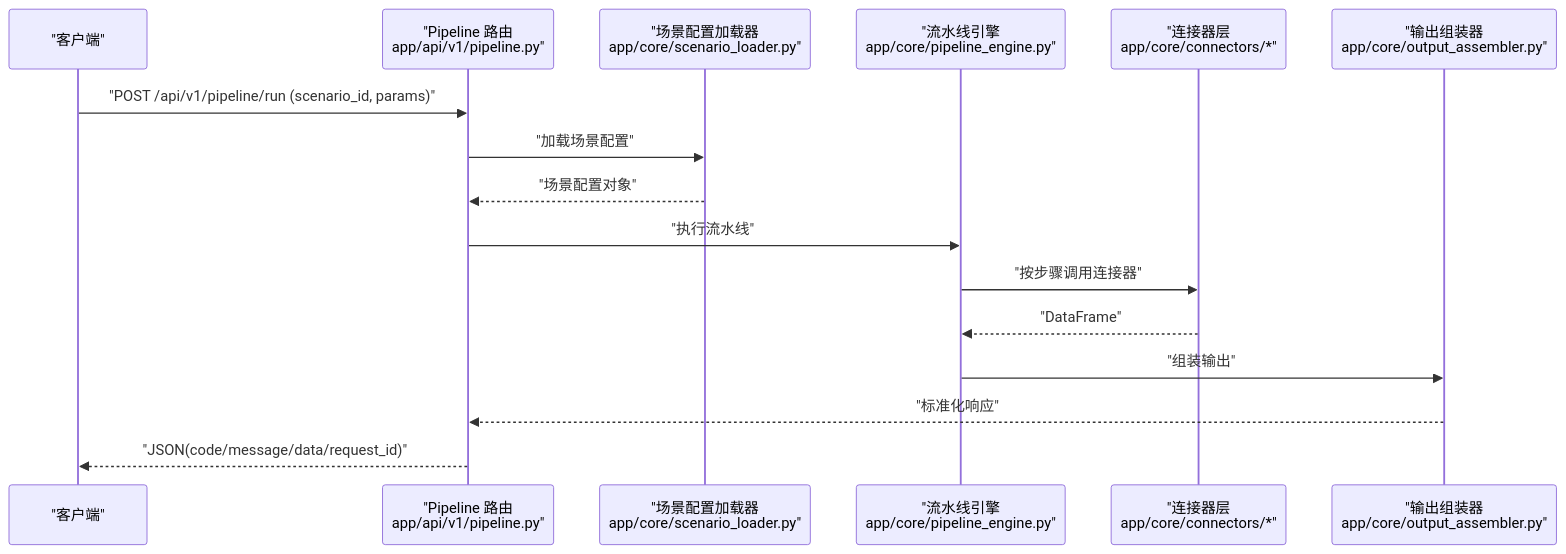
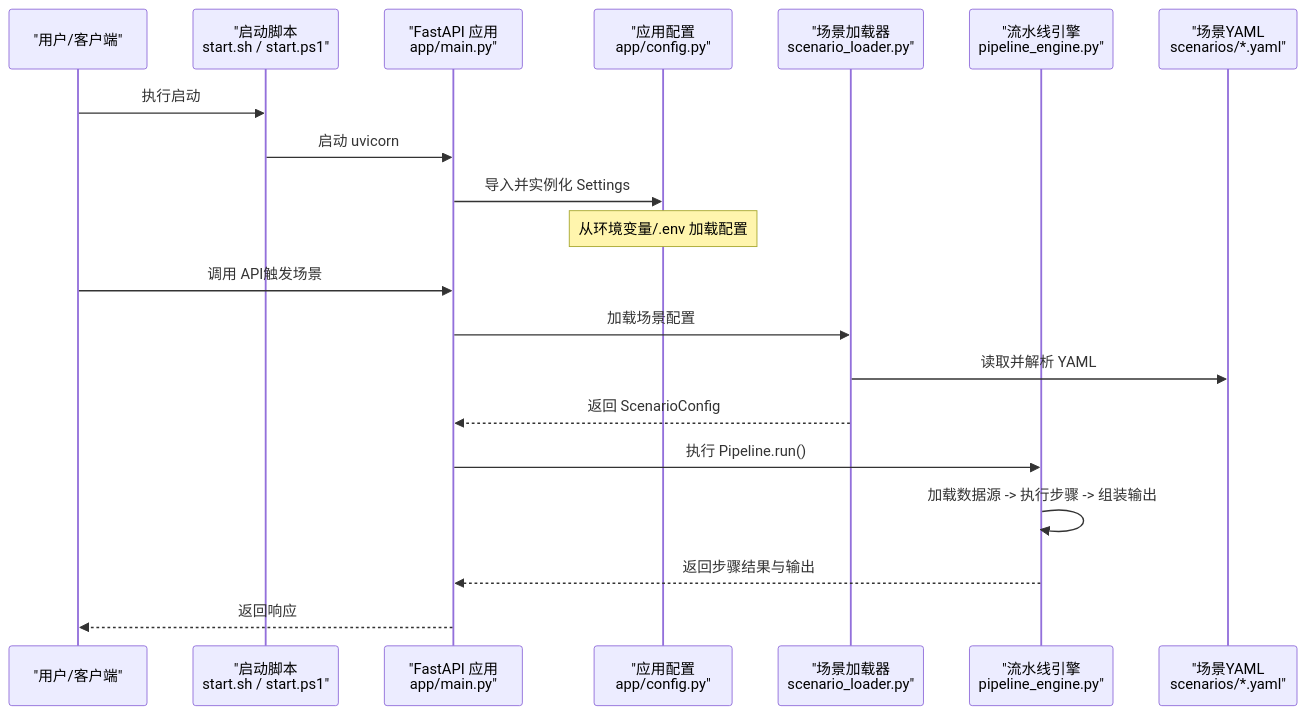
The second of 6 diagrams in .qoder/repowiki/zh/content/配置管理.md (liang996plus/qoder_cn), drawn with Mermaid before and after one commit. The commit also changed other lines of this file and 100 other files, not shown here.

````diff
--- a/.qoder/repowiki/zh/content/配置管理.md
+++ b/.qoder/repowiki/zh/content/配置管理.md
@@ -75,18 +89,22 @@
 ```mermaid
 sequenceDiagram
-participant Client as "客户端"
-participant API as "Pipeline 路由<br/>app/api/v1/pipeline.py"
-participant Loader as "场景配置加载器<br/>app/core/scenario_loader.py"
-participant Engine as "流水线引擎<br/>app/core/pipeline_engine.py"
-participant Conn as "连接器层<br/>app/core/connectors/*"
-participant Out as "输出组装器<br/>app/core/output_assembler.py"
-Client->>API : "POST /api/v1/pipeline/run (scenario_id, params)"
-API->>Loader : "加载场景配置"
-Loader-->>API : "场景配置对象"
-API->>Engine : "执行流水线"
-Engine->>Conn : "按步骤调用连接器"
-Conn-->>Engine : "DataFrame"
-Engine->>Out : "组装输出"
-Out-->>API : "标准化响应"
-API-->>Client : "JSON(code/message/data/request_id)"
+participant U as "用户/客户端"
+participant S as "启动脚本<br/>start.sh / start.ps1"
+participant M as "FastAPI 应用<br/>app/main.py"
+participant C as "应用配置<br/>app/config.py"
+participant L as "场景加载器<br/>scenario_loader.py"
+participant P as "流水线引擎<br/>pipeline_engine.py"
+participant Y as "场景YAML<br/>scenarios/*.yaml"
+U->>S : 执行启动
+S->>M : 启动 uvicorn
+M->>C : 导入并实例化 Settings
+Note over C : 从环境变量/.env 加载配置
+U->>M : 调用 API触发场景
+M->>L : 加载场景配置
+L->>Y : 读取并解析 YAML
+L-->>M : 返回 ScenarioConfig
+M->>P : 执行 Pipeline.run()
+P->>P : 加载数据源 -> 执行步骤 -> 组装输出
+P-->>M : 返回步骤结果与输出
+M-->>U : 返回响应
 ```
````
